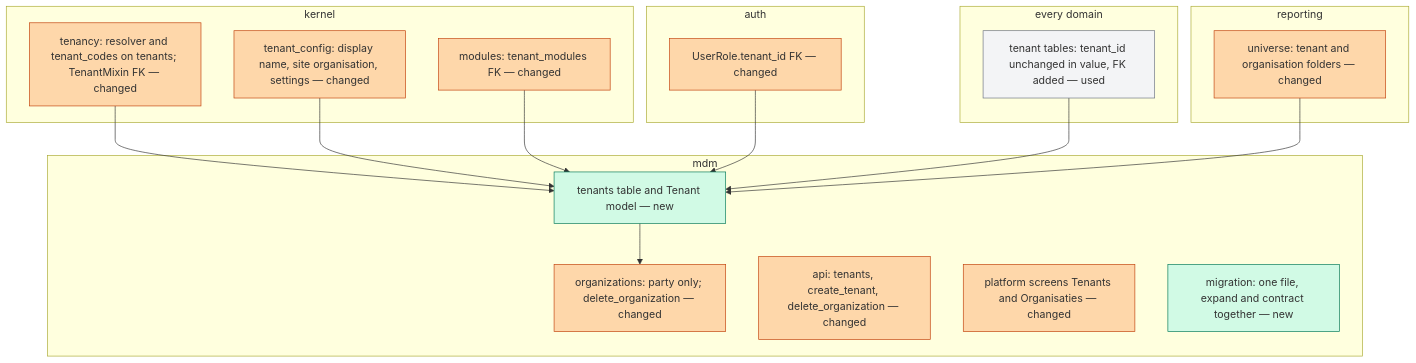
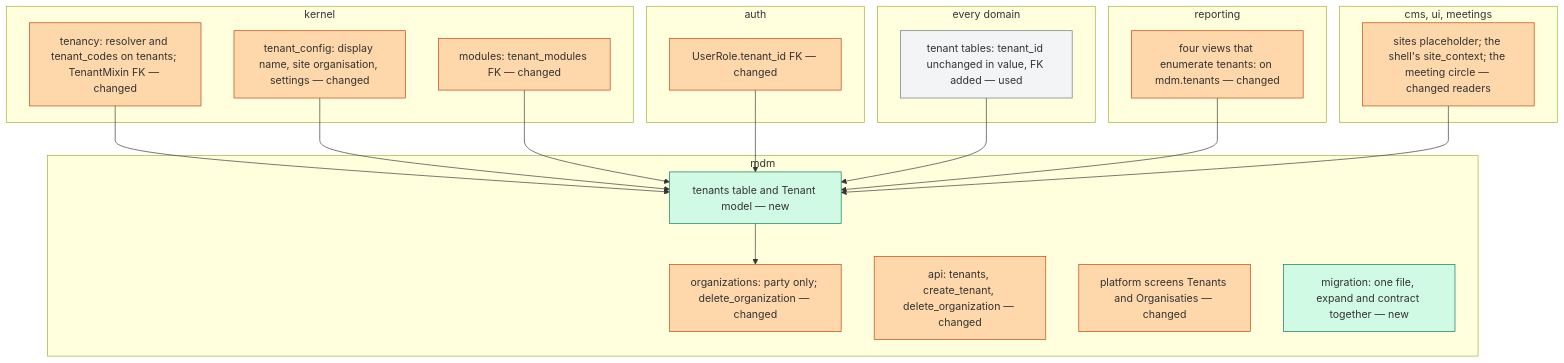
The fourth of 5 diagrams in docs/change_request_20_tenant_apart_from_organisation.md (KoenRenders/KoenTest), drawn with Mermaid before and after one commit. The commit also changed other lines of this file and 1 other file, not shown here.

````diff
--- a/docs/change_request_20_tenant_apart_from_organisation.md
+++ b/docs/change_request_20_tenant_apart_from_organisation.md
@@ -222,34 +230,38 @@
 ```mermaid
 flowchart TB
   subgraph mdm[mdm]
     m1[tenants table and Tenant model — new]:::new
     m2[organizations: party only; delete_organization — changed]:::chg
     m3[api: tenants, create_tenant, delete_organization — changed]:::chg
     m4[platform screens Tenants and Organisaties — changed]:::chg
     m5[migration: one file, expand and contract together — new]:::new
   end
   subgraph kernel[kernel]
     k1[tenancy: resolver and tenant_codes on tenants; TenantMixin FK — changed]:::chg
     k2[tenant_config: display name, site organisation, settings — changed]:::chg
     k3[modules: tenant_modules FK — changed]:::chg
   end
   subgraph auth[auth]
     a1[UserRole.tenant_id FK — changed]:::chg
   end
   subgraph all[every domain]
     d1[tenant tables: tenant_id unchanged in value, FK added — used]:::used
   end
   subgraph rep[reporting]
-    r1[universe: tenant and organisation folders — changed]:::chg
+    r1[four views that enumerate tenants: on mdm.tenants — changed]:::chg
+  end
+  subgraph readers[cms, ui, meetings]
+    c1[sites placeholder; the shell's site_context; the meeting circle — changed readers]:::chg
   end
   k1 --> m1
   k2 --> m1
   k3 --> m1
   a1 --> m1
   d1 --> m1
   m1 --> m2
   r1 --> m1
+  c1 --> m1
   classDef new fill:#d1fae5,stroke:#047857
   classDef chg fill:#fed7aa,stroke:#c2410c
   classDef used fill:#f3f4f6,stroke:#6b7280
 ```
````
